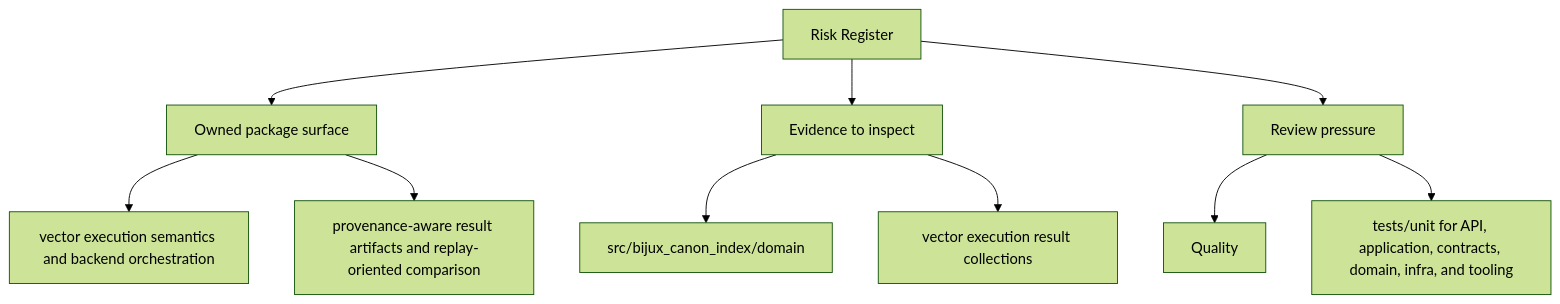
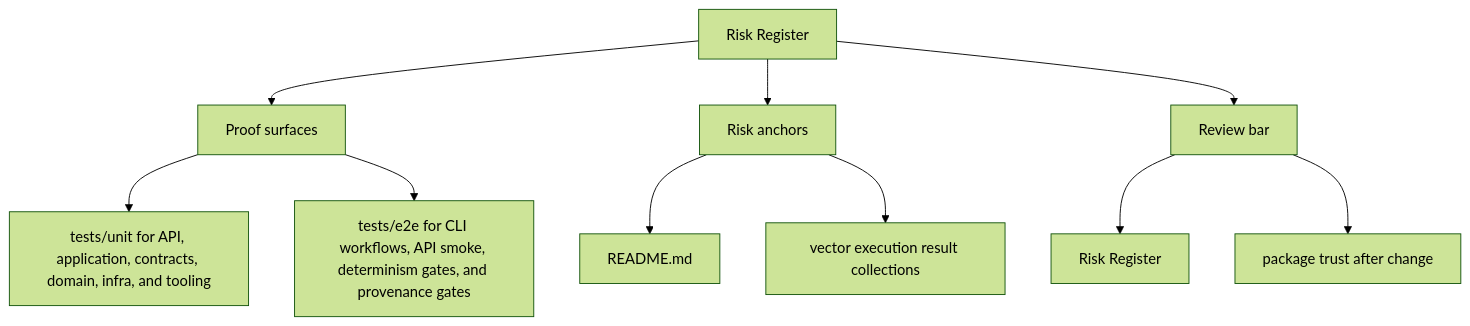
Before and after one commit to bijux/bijux-canon: the second of 2 diagrams in docs/bijux-canon-index/quality/risk-register.md, drawn with Mermaid (forest theme). The commit also changed other lines of this file and 250 other files, not shown here.

Commit message:
docs(diagrams): make product page maps more readable

````diff
--- a/docs/bijux-canon-index/quality/risk-register.md
+++ b/docs/bijux-canon-index/quality/risk-register.md
@@ -35,22 +35,22 @@
 ```mermaid
 flowchart TD
     page["Risk Register"]
-    focus1["Owned package surface"]
+    focus1["Proof surfaces"]
     page --> focus1
-    focus1_1["vector execution semantics and backend orchestration"]
+    focus1_1["tests/unit for API, application, contracts, domain, infra, and tooling"]
     focus1 --> focus1_1
-    focus1_2["provenance-aware result artifacts and replay-oriented comparison"]
+    focus1_2["tests/e2e for CLI workflows, API smoke, determinism gates, and provenance gates"]
     focus1 --> focus1_2
-    focus2["Evidence to inspect"]
+    focus2["Risk anchors"]
     page --> focus2
-    focus2_1["src/bijux_canon_index/domain"]
+    focus2_1["README.md"]
     focus2 --> focus2_1
     focus2_2["vector execution result collections"]
     focus2 --> focus2_2
-    focus3["Review pressure"]
+    focus3["Review bar"]
     page --> focus3
-    focus3_1["Quality"]
+    focus3_1["Risk Register"]
     focus3 --> focus3_1
-    focus3_2["tests/unit for API, application, contracts, domain, infra, and tooling"]
+    focus3_2["package trust after change"]
     focus3 --> focus3_2
 ```
````
